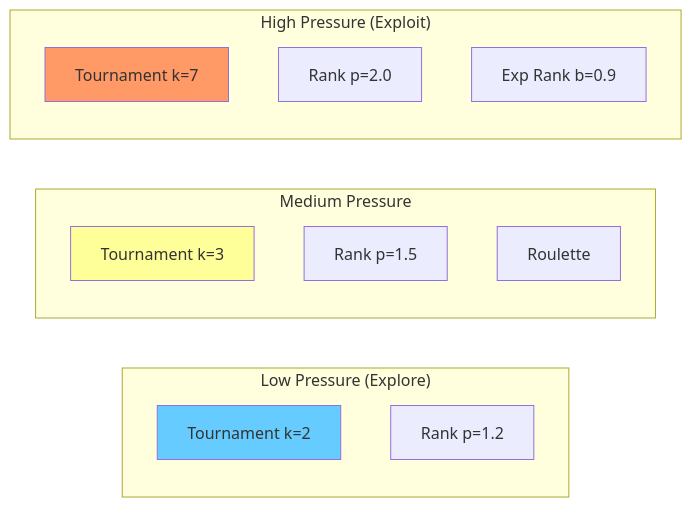
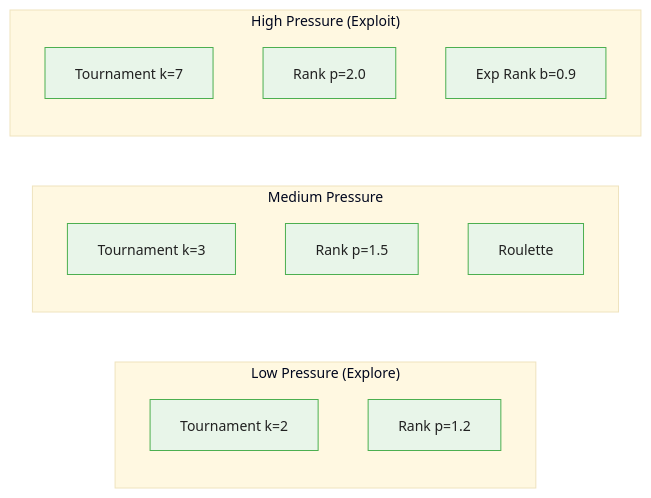
The fourth of 4 diagrams in courses/genetic-algorithms-feature-selection/modules/module_01_ga_fundamentals/guides/02_selection_slides.md (m-deane/course-creator), drawn with Mermaid before and after one commit. The commit also changed other lines of this file and 52 other files, not shown here.

````diff
--- a/courses/genetic-algorithms-feature-selection/modules/module_01_ga_fundamentals/guides/02_selection_slides.md
+++ b/courses/genetic-algorithms-feature-selection/modules/module_01_ga_fundamentals/guides/02_selection_slides.md
@@ -331,20 +330,18 @@
 ```mermaid
+%%{init: {"theme": "base", "themeVariables": {"primaryColor": "#e8f5e9", "primaryBorderColor": "#4caf50", "primaryTextColor": "#212121", "secondaryColor": "#e3f2fd", "tertiaryColor": "#fff8e1", "lineColor": "#757575", "fontFamily": "Inter, sans-serif", "fontSize": "14px"}}}%%
 graph LR
     subgraph "Low Pressure (Explore)"
         A1["Tournament k=2"]
         A2["Rank p=1.2"]
     end
     subgraph "Medium Pressure"
         B1["Tournament k=3"]
         B2["Rank p=1.5"]
         B3["Roulette"]
     end
     subgraph "High Pressure (Exploit)"
         C1["Tournament k=7"]
         C2["Rank p=2.0"]
         C3["Exp Rank b=0.9"]
     end
-    style A1 fill:#6cf
-    style B1 fill:#ff9
-    style C1 fill:#f96
 ```
````
